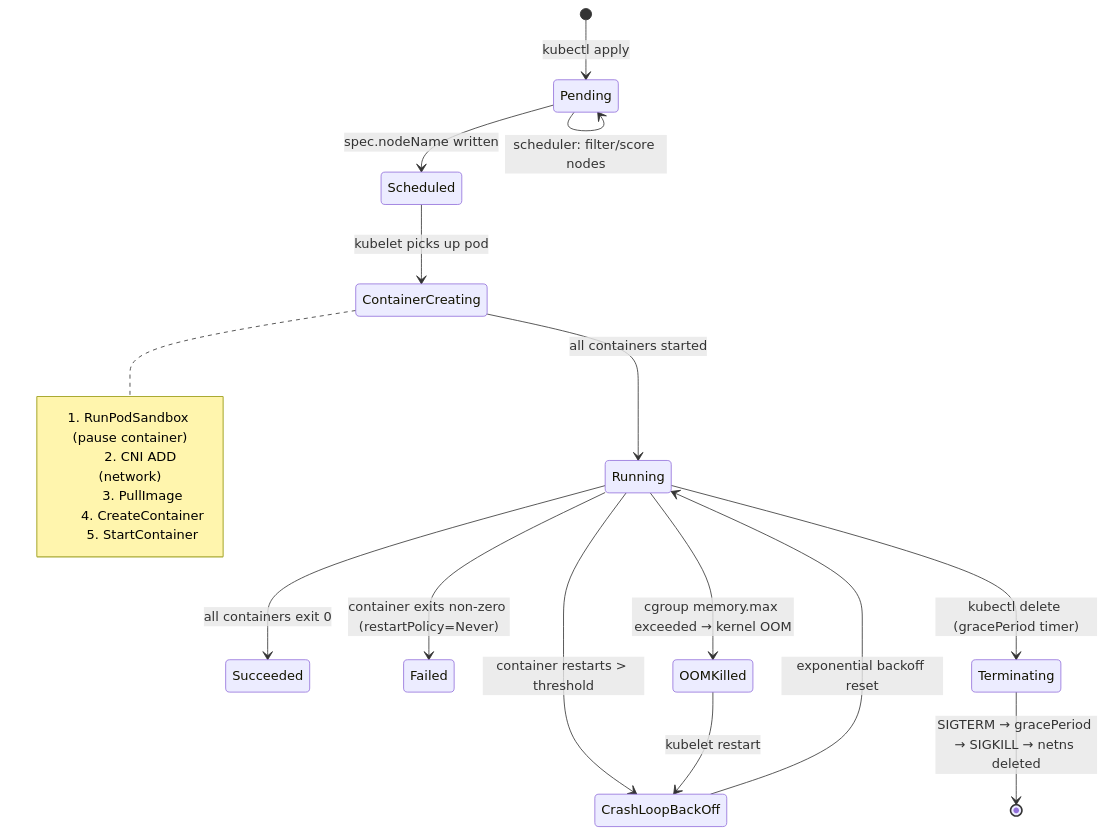
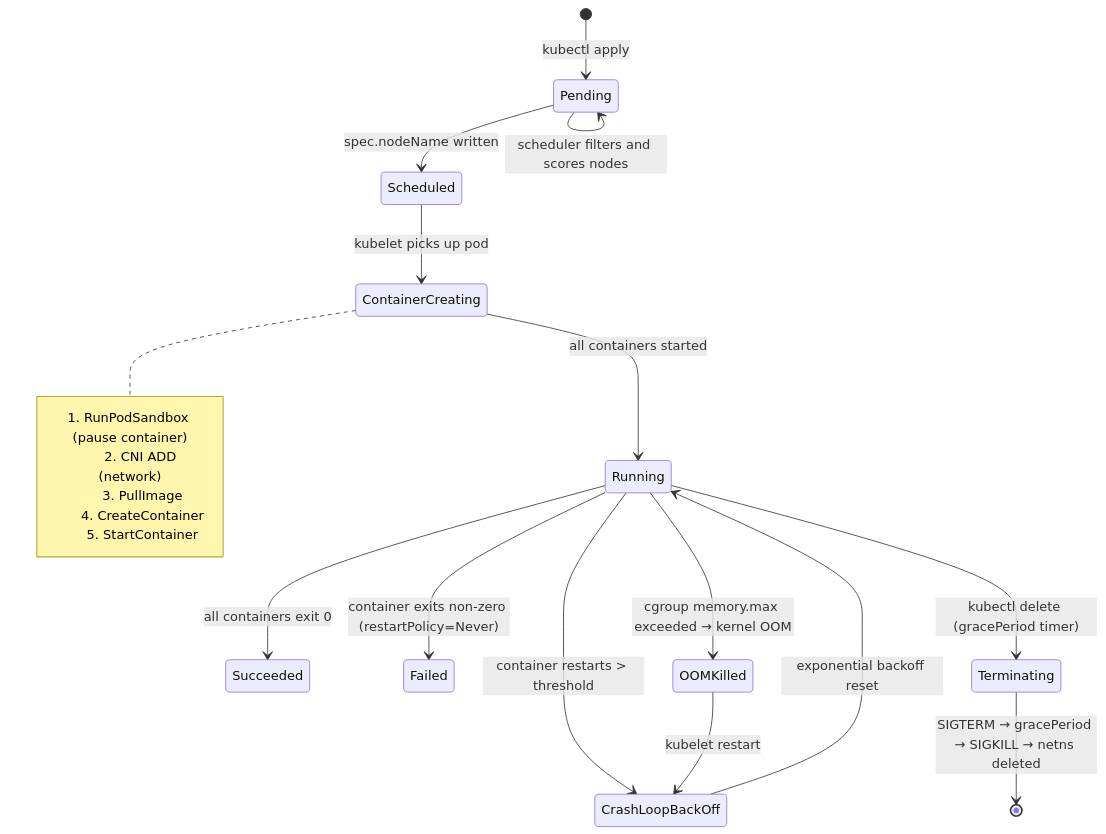
Diagram 11 of 20 in docs/books/cs-reference/docker-kubernetes-cs.md (choisimo/document), drawn with Mermaid before and after one commit. The commit also changed other lines of this file and 4514 other files, not shown here.

Commit message:
- sequenceDiagram` 내 `;`로 끊기던 메시지/노트 문장 정리 - `stateDiagram` 라벨 내부 추가 `:`/`::` 구문 정리 - `flowchart`에서 줄 끝 `-->` 끊김 체인 정리 - `block-betting` 오타를 `block-beta`로 수정 - 엄격 파서에서 깨지던 수식/특수문자 라벨 일부 ASCII 정규화

````diff
--- a/docs/books/cs-reference/docker-kubernetes-cs.md
+++ b/docs/books/cs-reference/docker-kubernetes-cs.md
@@ -248,24 +248,24 @@
 ```mermaid
 stateDiagram-v2
     [*] --> Pending : kubectl apply
-    Pending --> Pending : scheduler: filter/score nodes
+    Pending --> Pending : scheduler filters and scores nodes
     Pending --> Scheduled : spec.nodeName written
     Scheduled --> ContainerCreating : kubelet picks up pod
     ContainerCreating --> Running : all containers started
     Running --> Succeeded : all containers exit 0
     Running --> Failed : container exits non-zero (restartPolicy=Never)
     Running --> CrashLoopBackOff : container restarts > threshold
     Running --> Terminating : kubectl delete (gracePeriod timer)
     Terminating --> [*] : SIGTERM → gracePeriod → SIGKILL → netns deleted
     CrashLoopBackOff --> Running : exponential backoff reset
     Running --> OOMKilled : cgroup memory.max exceeded → kernel OOM
     OOMKilled --> CrashLoopBackOff : kubelet restart
 
     note right of ContainerCreating
       1. RunPodSandbox (pause container)
       2. CNI ADD (network)
       3. PullImage
       4. CreateContainer
       5. StartContainer
     end note
 ```
````
